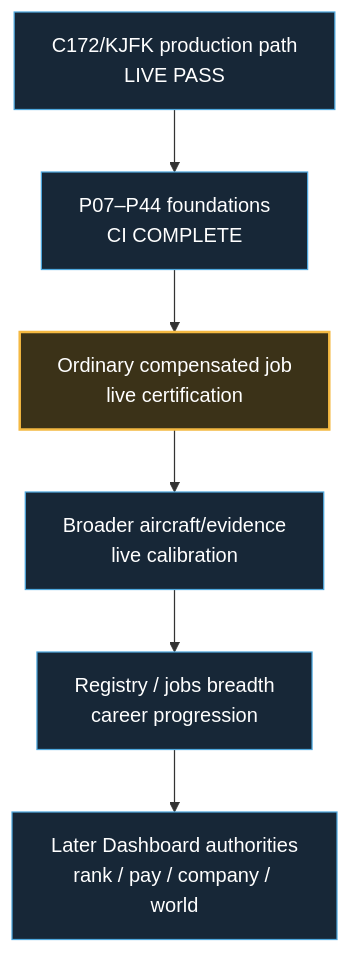
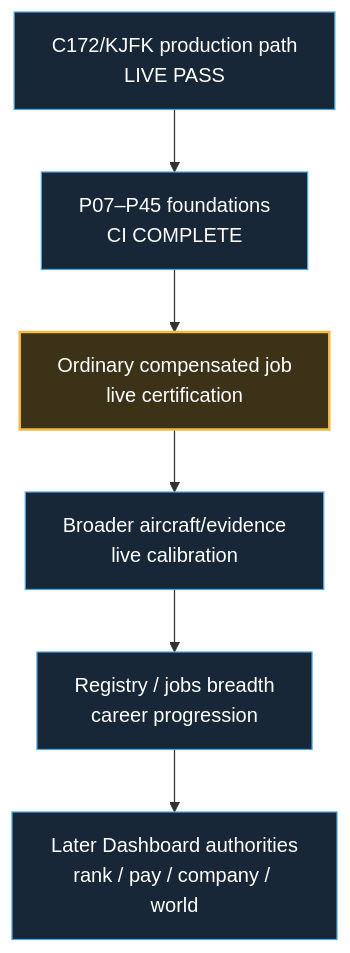
Before and after one commit to dhavalpddn-eng/OpenCareer: the second of 2 diagrams in docs/development-master-checklist.md, drawn with Mermaid. The commit also changed other lines of this file and 2 other files, not shown here.

````diff
--- a/docs/development-master-checklist.md
+++ b/docs/development-master-checklist.md
@@ -54,13 +54,13 @@
 ```mermaid
 flowchart TD
-    A["C172/KJFK production path<br/>LIVE PASS"] --> B["P07–P44 foundations<br/>CI COMPLETE"]
+    A["C172/KJFK production path<br/>LIVE PASS"] --> B["P07–P45 foundations<br/>CI COMPLETE"]
     B --> C["Ordinary compensated job<br/>live certification"]
     C --> D["Broader aircraft/evidence<br/>live calibration"]
     D --> E["Registry / jobs breadth<br/>career progression"]
     E --> F["Later Dashboard authorities<br/>rank / pay / company / world"]
 
     classDef next fill:#3b3218,stroke:#F4B942,color:#fff,stroke-width:2px;
     classDef future fill:#172737,stroke:#4EA8DE,color:#fff,stroke-width:1px;
     class C next;
     class A,B,D,E,F future;
 ```
````
